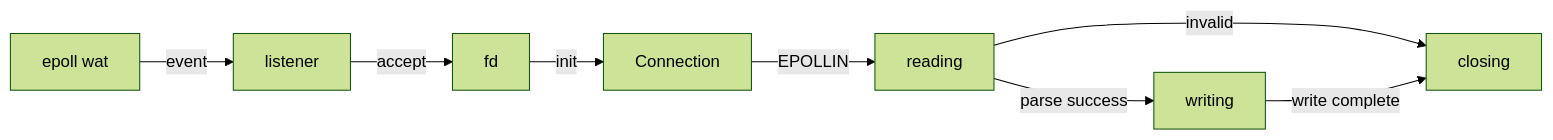
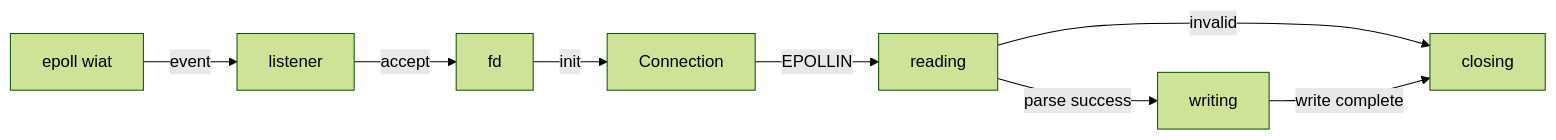
Before and after one commit to keix/fragile: the second of 2 diagrams in README.md, drawn with Mermaid (forest theme). The commit also changed other lines of this file and 3 other files, not shown here.

````diff
--- a/README.md
+++ b/README.md
@@ -56,12 +56,12 @@
 ```mermaid
 flowchart LR
-    E[epoll wat] -->|event| L[listener]
+    E[epoll wiat] -->|event| L[listener]
     L -->|accept| FD[fd]
     FD -->|init| C[Connection]
 
     C -->|EPOLLIN| R[reading]
     R -->|parse success| W[writing]
     R -->|invalid| X[closing]
 
     W -->|write complete| X
 ```
````
